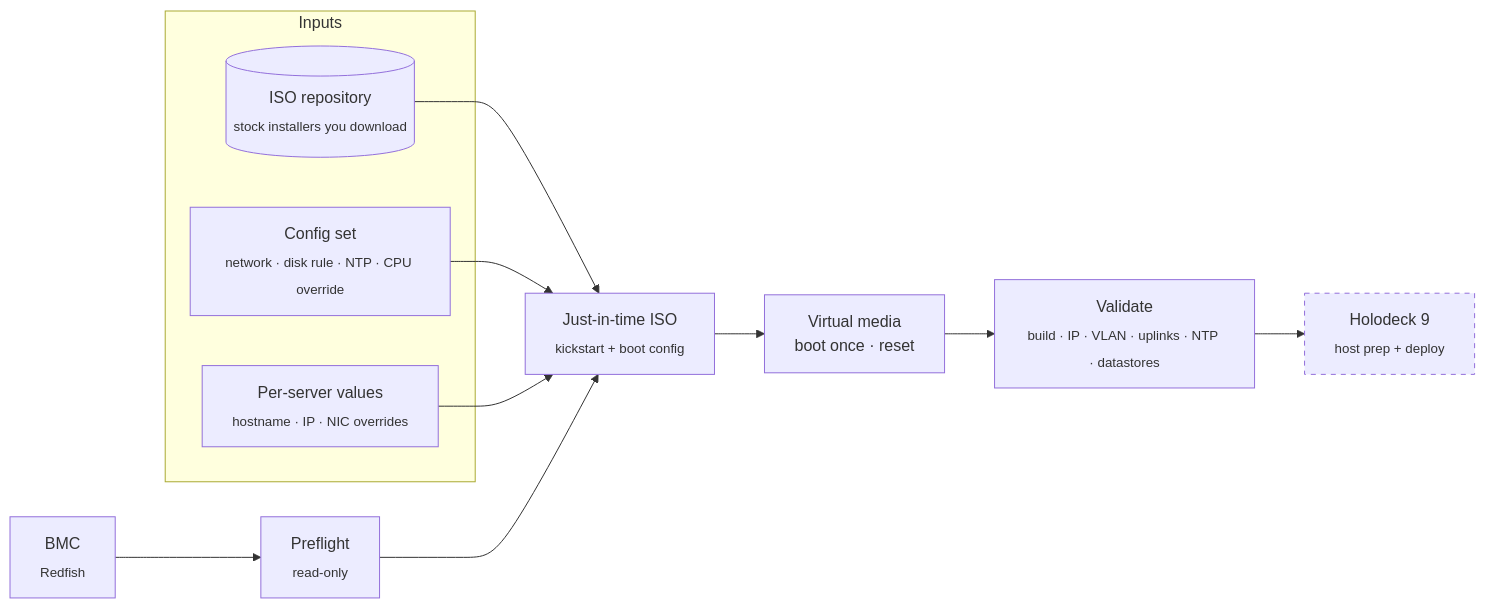
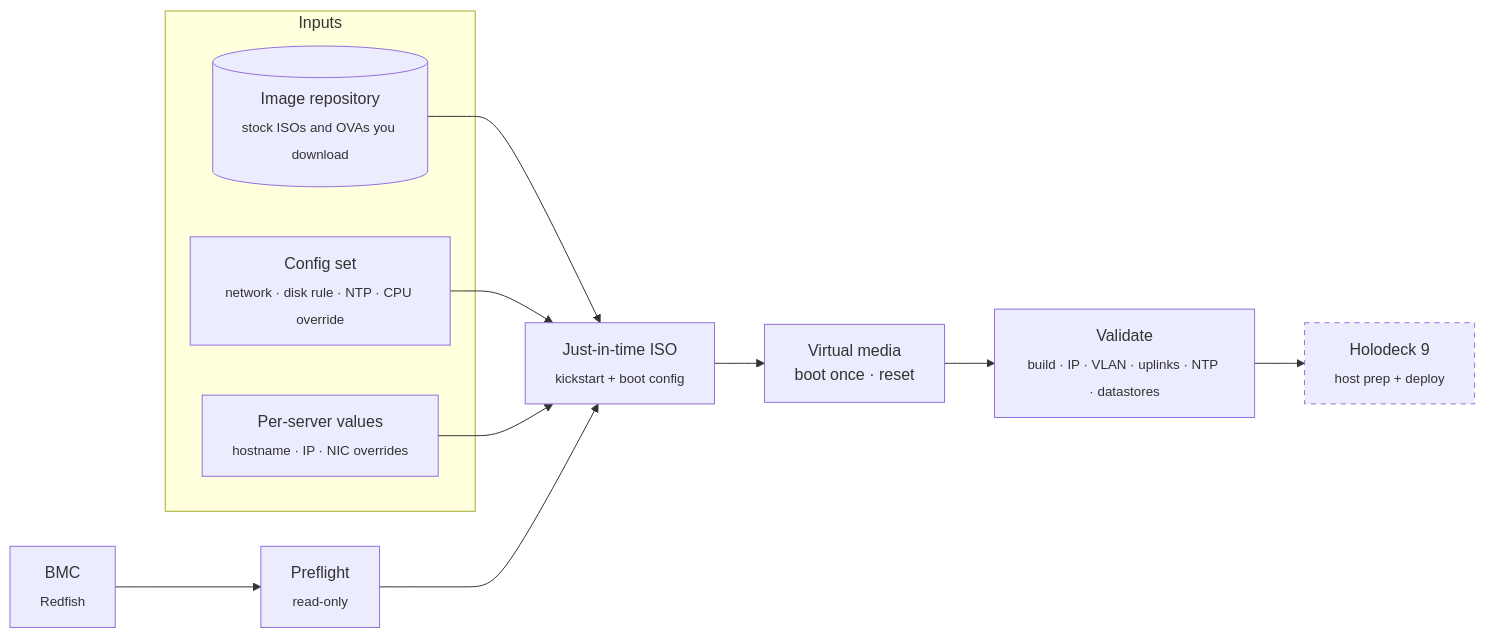
Before and after one commit to djsincla/GroundZero: the diagram in README.md, drawn with Mermaid. The commit also changed other lines of this file and 22 other files, not shown here.

````diff
--- a/README.md
+++ b/README.md
@@ -55,16 +55,16 @@
 ```mermaid
 flowchart LR
     subgraph Inputs
-      ISO[("ISO repository<br/><sub>stock installers you download</sub>")]
+      ISO[("Image repository<br/><sub>stock ISOs and OVAs you download</sub>")]
       CS["Config set<br/><sub>network · disk rule · NTP · CPU override</sub>"]
       HV["Per-server values<br/><sub>hostname · IP · NIC overrides</sub>"]
     end
     BMC["BMC<br/><sub>Redfish</sub>"] --> PF["Preflight<br/><sub>read-only</sub>"]
     ISO & CS & HV --> BUILD["Just-in-time ISO<br/><sub>kickstart + boot config</sub>"]
     PF --> BUILD
     BUILD --> MOUNT["Virtual media<br/>boot once · reset"]
     MOUNT --> VAL["Validate<br/><sub>build · IP · VLAN · uplinks · NTP · datastores</sub>"]
     VAL --> HD["Holodeck 9<br/><sub>host prep + deploy</sub>"]
     classDef next stroke-dasharray: 5 5
     class HD next
 ```
````
